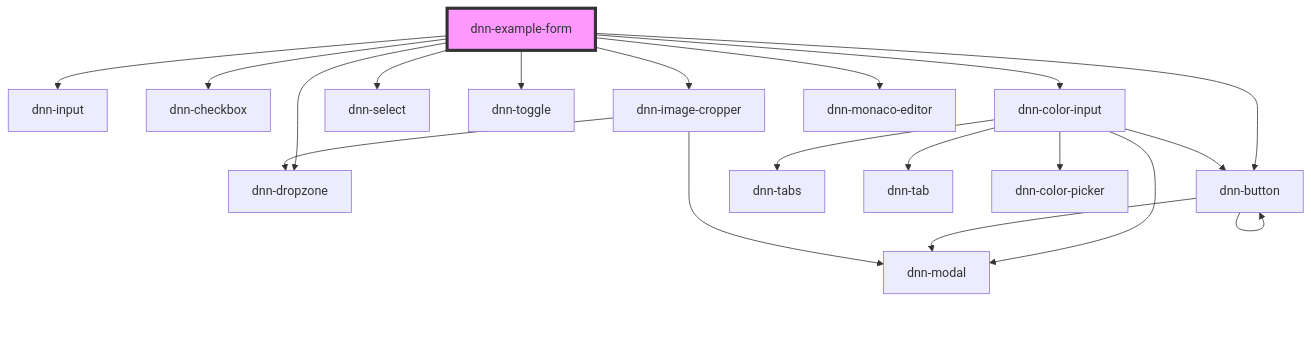
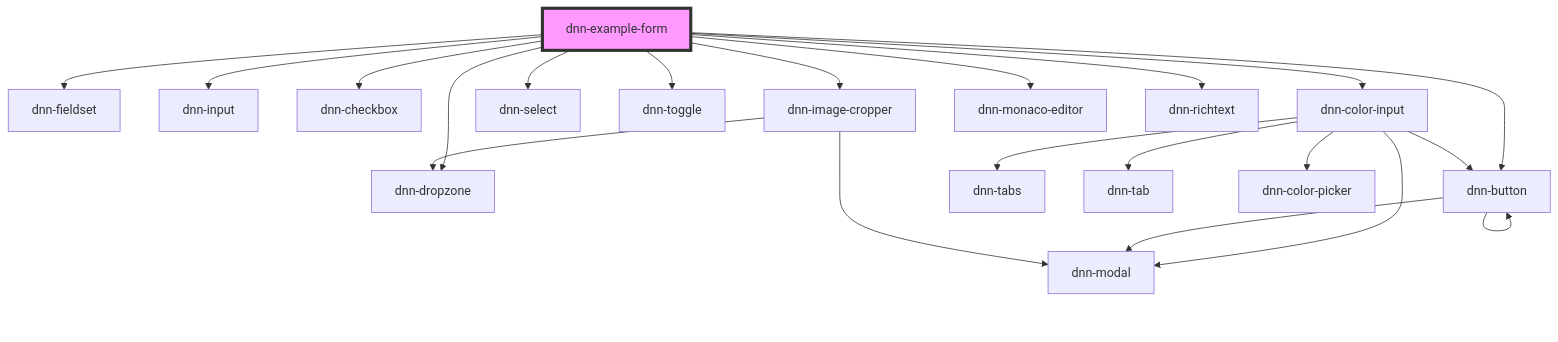
One commit to DNNCommunity/dnn-elements changed the diagram in packages/stencil-library/src/components/examples/dnn-example-form/readme.md. Above: the diagram before and after it, drawn with Mermaid. The commit also changed other lines of this file and 10 other files, not shown here.

First line of the commit message:
Implemented dnn-fieldset component

````diff
--- a/packages/stencil-library/src/components/examples/dnn-example-form/readme.md
+++ b/packages/stencil-library/src/components/examples/dnn-example-form/readme.md
@@ -27,22 +29,24 @@
 ```mermaid
 graph TD;
+  dnn-example-form --> dnn-fieldset
   dnn-example-form --> dnn-input
   dnn-example-form --> dnn-checkbox
   dnn-example-form --> dnn-color-input
   dnn-example-form --> dnn-select
   dnn-example-form --> dnn-toggle
   dnn-example-form --> dnn-dropzone
   dnn-example-form --> dnn-image-cropper
   dnn-example-form --> dnn-monaco-editor
+  dnn-example-form --> dnn-richtext
   dnn-example-form --> dnn-button
   dnn-color-input --> dnn-modal
   dnn-color-input --> dnn-tabs
   dnn-color-input --> dnn-tab
   dnn-color-input --> dnn-color-picker
   dnn-color-input --> dnn-button
   dnn-button --> dnn-modal
   dnn-button --> dnn-button
   dnn-image-cropper --> dnn-dropzone
   dnn-image-cropper --> dnn-modal
   style dnn-example-form fill:#f9f,stroke:#333,stroke-width:4px
 ```
````
